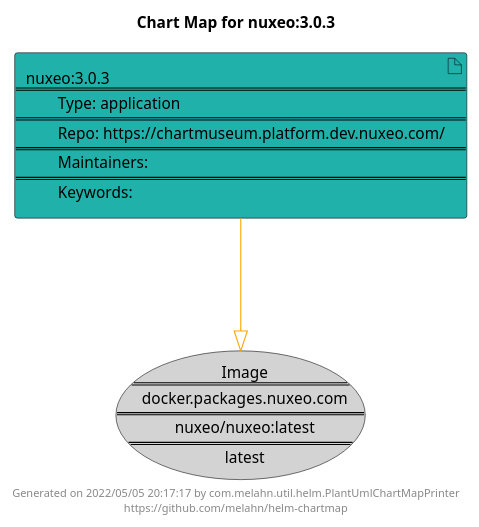
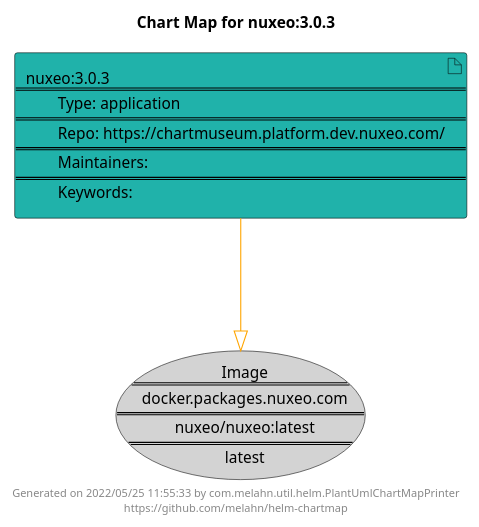
One commit to melahn/helm-chartmap changed the diagram in docs/nuxeo/nuxeo-3.0.3.puml. Above: the diagram before and after it, drawn with PlantUML. The commit also changed 60 other files, not shown here.

```diff
--- a/docs/nuxeo/nuxeo-3.0.3.puml
+++ b/docs/nuxeo/nuxeo-3.0.3.puml
@@ -1,21 +1,21 @@
 @startuml
 skinparam linetype ortho
 skinparam backgroundColor white
 skinparam usecaseBorderColor black
 skinparam usecaseArrowColor LightSlateGray
 skinparam artifactBorderColor black
 skinparam artifactArrowColor LightSlateGray
 
 title Chart Map for nuxeo:3.0.3
 
 'There is one referenced Helm Chart
 artifact "nuxeo:3.0.3\n====\n\tType: application\n====\n\tRepo: https://chartmuseum.platform.dev.nuxeo.com/\n====\n\tMaintainers: \n====\n\tKeywords: " as nuxeo_3_0_3 #LightSeaGreen
 
 'There is one referenced Docker Image
 usecase "Image\n====\ndocker.packages.nuxeo.com\n====\nnuxeo/nuxeo:latest\n====\nlatest" as docker_packages_nuxeo_com_nuxeo_nuxeo_latest #LightGray
 
 'Chart Dependencies
 nuxeo_3_0_3--[#orange]-|>docker_packages_nuxeo_com_nuxeo_nuxeo_latest
 
-center footer Generated on 2022/05/05 20:17:17 by com.melahn.util.helm.PlantUmlChartMapPrinter\nhttps://github.com/melahn/helm-chartmap
+center footer Generated on 2022/05/25 11:55:33 by com.melahn.util.helm.PlantUmlChartMapPrinter\nhttps://github.com/melahn/helm-chartmap
 @enduml
```
